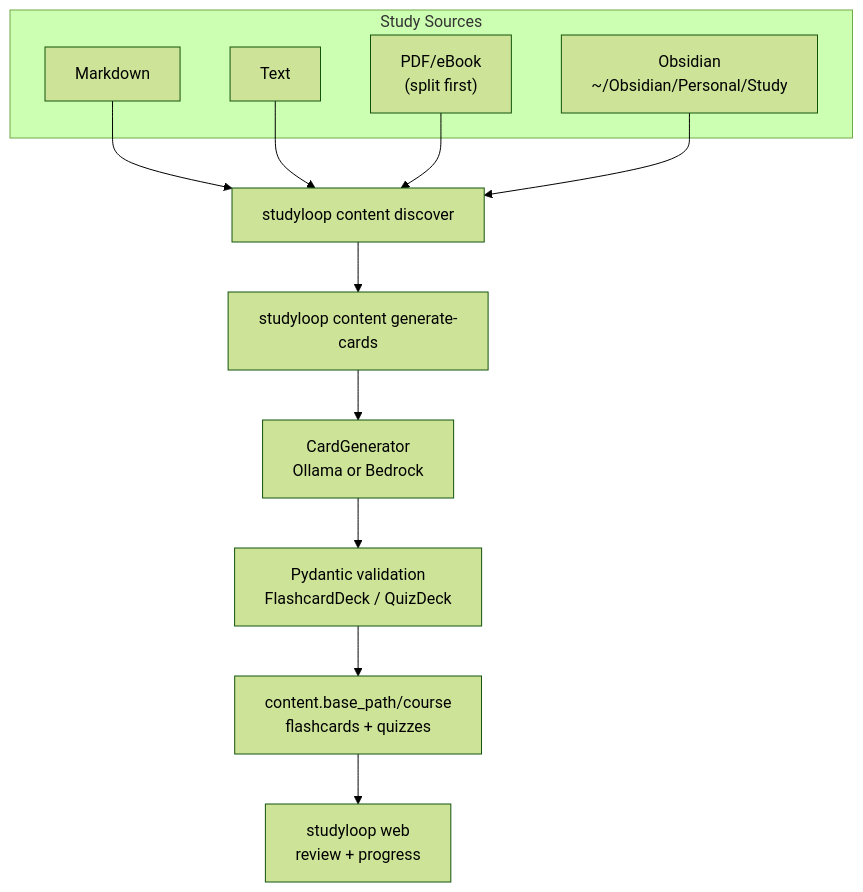
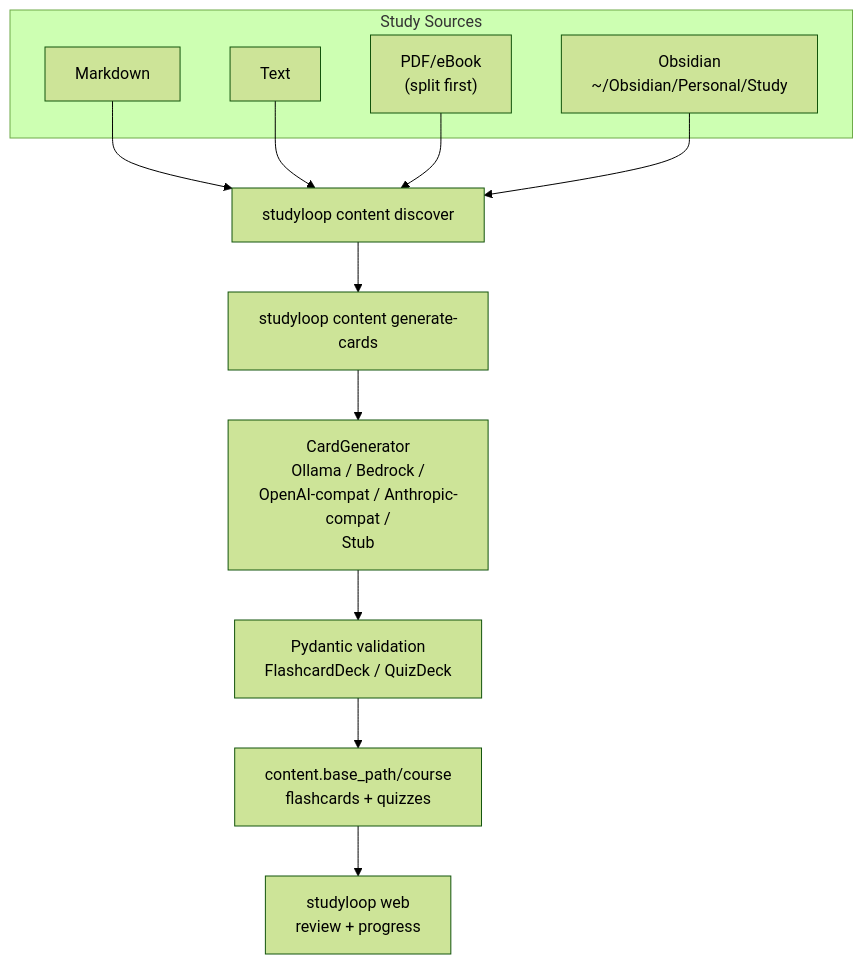
Before and after one commit to NetDevAutomate/StudyLoop: the first of 3 diagrams in docs/content-pipeline.md, drawn with Mermaid (forest theme). The commit also changed other lines of this file and 4 other files, not shown here.

````diff
--- a/docs/content-pipeline.md
+++ b/docs/content-pipeline.md
@@ -16,26 +16,26 @@
 ```mermaid
 flowchart TB
     subgraph Sources["Study Sources"]
         MD["Markdown"]
         TXT["Text"]
         PDF["PDF/eBook<br/>(split first)"]
         OBS["Obsidian<br/>~/Obsidian/Personal/Study"]
     end
 
     Discover["studyloop content discover"]
     Generate["studyloop content generate-cards"]
-    Backend["CardGenerator<br/>Ollama or Bedrock"]
+    Backend["CardGenerator<br/>Ollama / Bedrock /<br/>OpenAI-compat / Anthropic-compat /<br/>Stub"]
     Validate["Pydantic validation<br/>FlashcardDeck / QuizDeck"]
     Artefacts["content.base_path/course<br/>flashcards + quizzes"]
     Web["studyloop web<br/>review + progress"]
 
     MD --> Discover
     TXT --> Discover
     PDF --> Discover
     OBS --> Discover
     Discover --> Generate
     Generate --> Backend
     Backend --> Validate
     Validate --> Artefacts
     Artefacts --> Web
 ```
````
